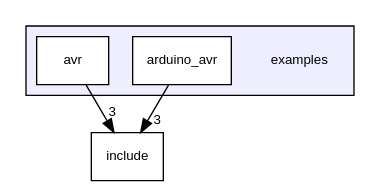
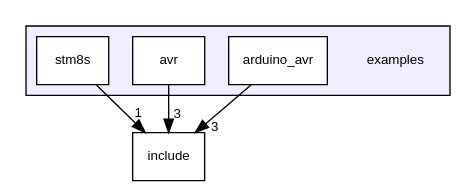
One commit to CTXz/TinyWS2812 changed the diagram in docs/dir_d28a4824dc47e487b107a5db32ef43c4_dep.dot. Above: the diagram before and after it, drawn with Graphviz. The commit also changed 167 other files, not shown here.

```diff
--- a/docs/dir_d28a4824dc47e487b107a5db32ef43c4_dep.dot
+++ b/docs/dir_d28a4824dc47e487b107a5db32ef43c4_dep.dot
@@ -1,14 +1,16 @@
 digraph "examples" {
   compound=true
   node [ fontsize="10", fontname="Helvetica"];
   edge [ labelfontsize="10", labelfontname="Helvetica"];
   subgraph clusterdir_d28a4824dc47e487b107a5db32ef43c4 {
     graph [ bgcolor="#eeeeff", pencolor="black", label="" URL="dir_d28a4824dc47e487b107a5db32ef43c4.html"];
     dir_d28a4824dc47e487b107a5db32ef43c4 [shape=plaintext label="examples"];
     dir_03d0435b9536f16a60e5ac83d122b10a [shape=box label="arduino_avr" color="black" fillcolor="white" style="filled" URL="dir_03d0435b9536f16a60e5ac83d122b10a.html"];
     dir_dcc73ae8d9017409f9960a071b395d53 [shape=box label="avr" color="black" fillcolor="white" style="filled" URL="dir_dcc73ae8d9017409f9960a071b395d53.html"];
+    dir_12f2e0885829b7125c65db210838c9d3 [shape=box label="stm8s" color="black" fillcolor="white" style="filled" URL="dir_12f2e0885829b7125c65db210838c9d3.html"];
   }
   dir_d44c64559bbebec7f509842c48db8b23 [shape=box label="include" URL="dir_d44c64559bbebec7f509842c48db8b23.html"];
-  dir_dcc73ae8d9017409f9960a071b395d53->dir_d44c64559bbebec7f509842c48db8b23 [headlabel="3", labeldistance=1.5 headhref="dir_000002_000003.html"];
-  dir_03d0435b9536f16a60e5ac83d122b10a->dir_d44c64559bbebec7f509842c48db8b23 [headlabel="3", labeldistance=1.5 headhref="dir_000001_000003.html"];
+  dir_dcc73ae8d9017409f9960a071b395d53->dir_d44c64559bbebec7f509842c48db8b23 [headlabel="3", labeldistance=1.5 headhref="dir_000002_000004.html"];
+  dir_03d0435b9536f16a60e5ac83d122b10a->dir_d44c64559bbebec7f509842c48db8b23 [headlabel="3", labeldistance=1.5 headhref="dir_000001_000004.html"];
+  dir_12f2e0885829b7125c65db210838c9d3->dir_d44c64559bbebec7f509842c48db8b23 [headlabel="1", labeldistance=1.5 headhref="dir_000003_000004.html"];
 }
```
